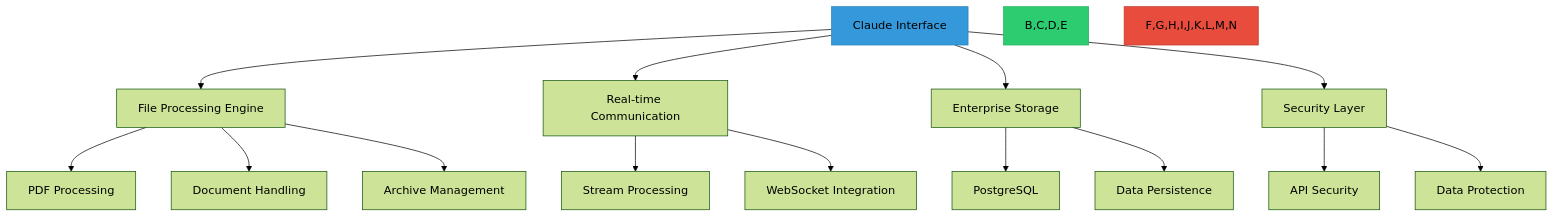
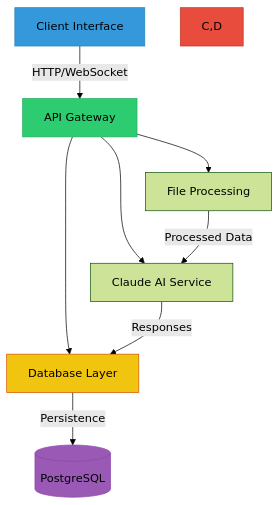
Before and after one commit to cescanue/cescanue: the eighth of 12 diagrams in README.md, drawn with Mermaid (forest theme). The commit also changed other lines of this file, not shown here.

````diff
--- a/README.md
+++ b/README.md
@@ -372,24 +390,17 @@
 ```mermaid
 graph TB
-    A[Claude Interface] --> B[File Processing Engine]
-    A --> C[Real-time Communication]
-    A --> D[Enterprise Storage]
-    A --> E[Security Layer]
+    A[Client Interface] -->|HTTP/WebSocket| B[API Gateway]
+    B --> C[File Processing]
+    B --> D[Claude AI Service]
+    B --> E[Database Layer]
     
-    B --> F[PDF Processing]
-    B --> G[Document Handling]
-    B --> H[Archive Management]
-    
-    C --> I[Stream Processing]
-    C --> J[WebSocket Integration]
-    
-    D --> K[PostgreSQL]
-    D --> L[Data Persistence]
-    
-    E --> M[API Security]
-    E --> N[Data Protection]
+    C -->|Processed Data| D
+    D -->|Responses| E
+    E -->|Persistence| F[(PostgreSQL)]
     
     style A fill:#3498db,stroke:#2980b9
-    style B,C,D,E fill:#2ecc71,stroke:#27ae60
-    style F,G,H,I,J,K,L,M,N fill:#e74c3c,stroke:#c0392b
+    style B fill:#2ecc71,stroke:#27ae60
+    style C,D fill:#e74c3c,stroke:#c0392b
+    style E fill:#f1c40f,stroke:#d35400
+    style F fill:#9b59b6,stroke:#8e44ad
 ```
````
